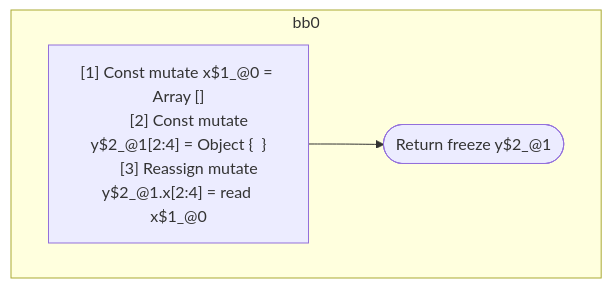
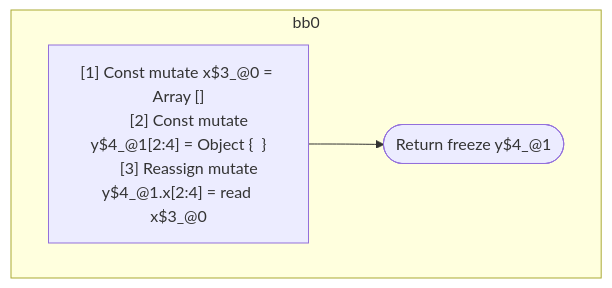
One commit to wutsmog/private changed the diagram in compiler/forget/src/__tests__/fixtures/hir/ssa-property.expect.md. Above: the diagram before and after it, drawn with Mermaid. The commit also changed other lines of this file and 59 other files, not shown here.

````diff
--- a/compiler/forget/src/__tests__/fixtures/hir/ssa-property.expect.md
+++ b/compiler/forget/src/__tests__/fixtures/hir/ssa-property.expect.md
@@ -26,15 +26,15 @@
 ```mermaid
 flowchart TB
   %% Basic Blocks
   subgraph bb0
     bb0_instrs["
-      [1] Const mutate x$1_@0 = Array []
-      [2] Const mutate y$2_@1[2:4] = Object {  }
-      [3] Reassign mutate y$2_@1.x[2:4] = read x$1_@0
+      [1] Const mutate x$3_@0 = Array []
+      [2] Const mutate y$4_@1[2:4] = Object {  }
+      [3] Reassign mutate y$4_@1.x[2:4] = read x$3_@0
     "]
-    bb0_instrs --> bb0_terminal(["Return freeze y$2_@1"])
+    bb0_instrs --> bb0_terminal(["Return freeze y$4_@1"])
   end
 
   %% Jumps
   %% empty
 ```
````
